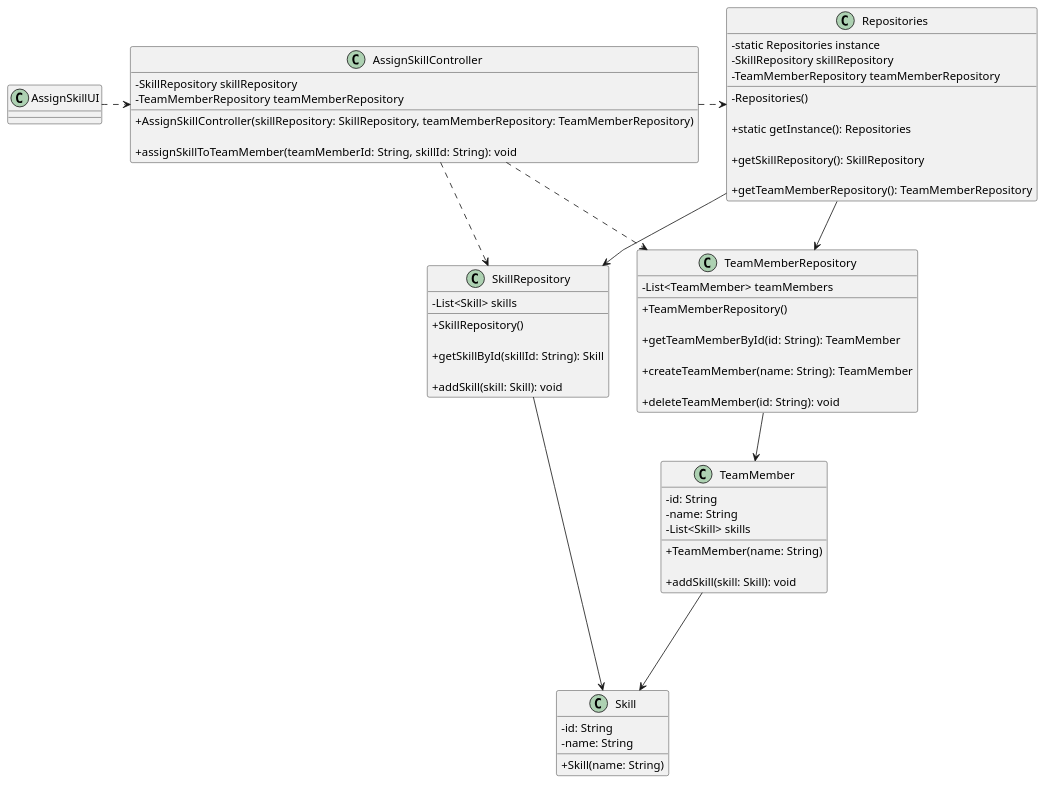
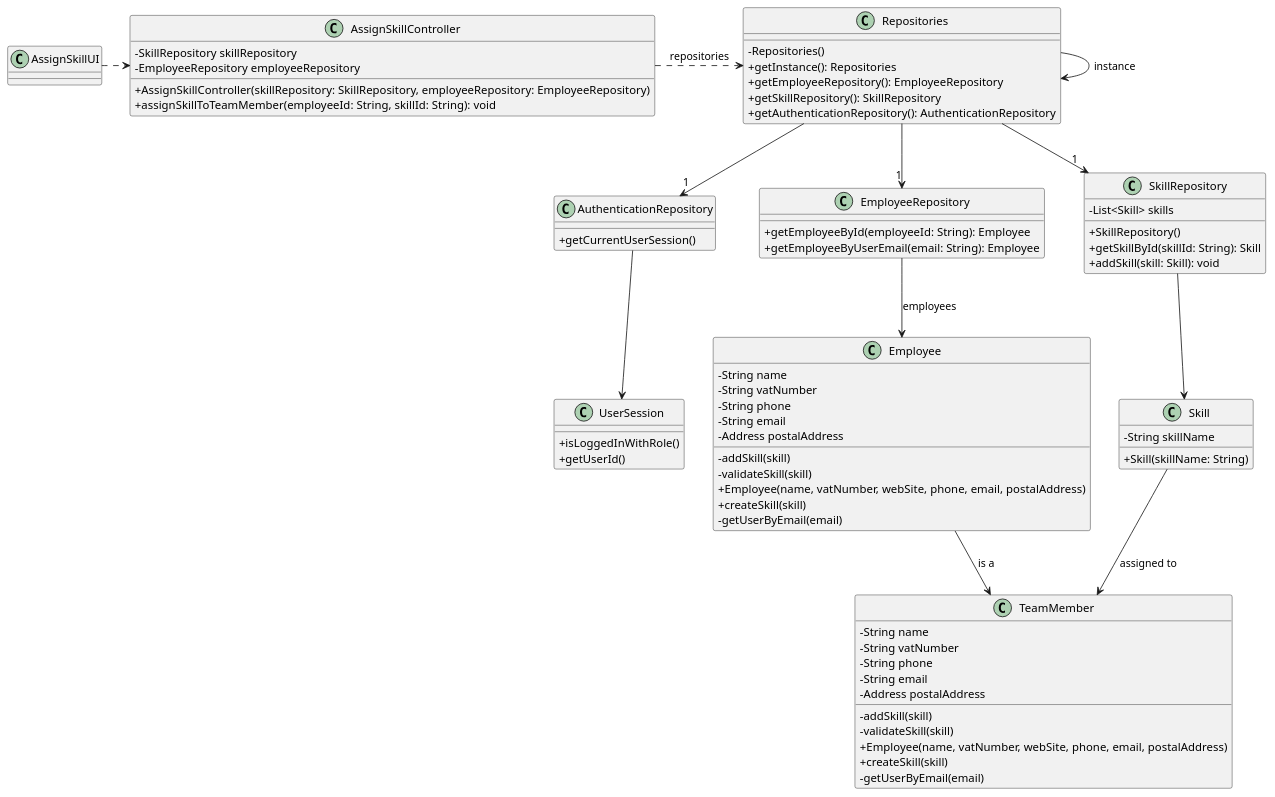
Before and after one commit to Mendoncaa/LAPR2: the diagram in docs/sprintC/us004/03.design/puml/us004-class-diagram.puml, drawn with PlantUML. The commit also changed 4 other files, not shown here.

Commit message:
Update class diagram US01 and US04

```diff
--- a/docs/sprintC/us004/03.design/puml/us004-class-diagram.puml
+++ b/docs/sprintC/us004/03.design/puml/us004-class-diagram.puml
@@ -1,105 +1,97 @@
 @startuml
 'skinparam monochrome true
 skinparam packageStyle rectangle
 skinparam shadowing false
 skinparam linetype polyline
 'skinparam linetype orto
 
 skinparam classAttributeIconSize 0
 
 'left to right direction
 
+
 class AssignSkillUI {
 }
 
 class AssignSkillController {
     - SkillRepository skillRepository
-    - TeamMemberRepository teamMemberRepository
-
-    'Constructor to initialize the controller with the SkillRepository and TeamMemberRepository'
-    + AssignSkillController(skillRepository: SkillRepository, teamMemberRepository: TeamMemberRepository)
-
-    'Method for assigning skills to a team member'
-    + assignSkillToTeamMember(teamMemberId: String, skillId: String): void
+    - EmployeeRepository employeeRepository
+    + AssignSkillController(skillRepository: SkillRepository, employeeRepository: EmployeeRepository)
+    + assignSkillToTeamMember(employeeId: String, skillId: String): void
 }
 
 class Repositories {
-    - static Repositories instance
-    - SkillRepository skillRepository
-    - TeamMemberRepository teamMemberRepository
+    - Repositories()
+    + getInstance(): Repositories
+    + getEmployeeRepository(): EmployeeRepository
+    + getSkillRepository(): SkillRepository
+    + getAuthenticationRepository(): AuthenticationRepository
+}
 
-    'Private constructor to implement the Singleton pattern'
-    - Repositories()
+class AuthenticationRepository {
+    + getCurrentUserSession()
+}
 
-    'Method to get Singleton instance from Repositories'
-    + static getInstance(): Repositories
+class UserSession {
+    + isLoggedInWithRole()
+    + getUserId()
+}
 
-    'Method to obtain the skills repository'
-    + getSkillRepository(): SkillRepository
+class Employee {
+    - String name
+    - String vatNumber
+    - String phone
+    - String email
+    - Address postalAddress
+    - addSkill(skill)
+    - validateSkill(skill)
+    + Employee(name, vatNumber, webSite, phone, email, postalAddress)
+    + createSkill(skill)
+    - getUserByEmail(email)
 
-    'Method to get team members repository'
-    + getTeamMemberRepository(): TeamMemberRepository
+}
+
+class TeamMember {
+    - String name
+    - String vatNumber
+    - String phone
+    - String email
+    - Address postalAddress
+    - addSkill(skill)
+    - validateSkill(skill)
+    + Employee(name, vatNumber, webSite, phone, email, postalAddress)
+    + createSkill(skill)
+    - getUserByEmail(email)
+}
+
+class EmployeeRepository {
+    + getEmployeeById(employeeId: String): Employee
+    + getEmployeeByUserEmail(email: String): Employee
 }
 
 class SkillRepository {
     - List<Skill> skills
-
-    'Constructor to initialize the skills repository'
     + SkillRepository()
-
-    'Returns a skill based on its ID'
     + getSkillById(skillId: String): Skill
-
-    'Add a new skill to the repository'
-    + addSkill(skill: Skill): void
-}
-
-class TeamMemberRepository {
-    - List<TeamMember> teamMembers
-
-    'Constructor to initialize the team member repository'
-    + TeamMemberRepository()
-
-    'Returns a team member based on their ID'
-    + getTeamMemberById(id: String): TeamMember
-
-    'Creates a new team member and adds it to the repository'
-    + createTeamMember(name: String): TeamMember
-
-    'Remove a team member from the repository'
-    + deleteTeamMember(id: String): void
-}
-
-class TeamMember {
-    - id: String
-    - name: String
-    - List<Skill> skills
-
-    'Constructor to create a new team member'
-    + TeamMember(name: String)
-
-    'Method for adding a skill to a team member'
     + addSkill(skill: Skill): void
 }
 
 class Skill {
-    - id: String
-    - name: String
-
-    'Constructor to create a new skill'
-    + Skill(name: String)
+    - String skillName
+    + Skill(skillName: String)
 }
 
+Repositories -> Repositories : instance
 AssignSkillUI .> AssignSkillController
-AssignSkillController .> Repositories
-AssignSkillController .> SkillRepository
-AssignSkillController .> TeamMemberRepository
-Repositories --> SkillRepository
-Repositories --> TeamMemberRepository
+AssignSkillController .> Repositories : repositories
+Repositories --> "1" AuthenticationRepository
+Repositories --> "1" EmployeeRepository
+Repositories --> "1" SkillRepository
+AuthenticationRepository --> UserSession
+EmployeeRepository --> Employee : employees
 SkillRepository --> Skill
-TeamMemberRepository --> TeamMember
-TeamMember ---> Skill
-
+Employee --> TeamMember : is a
+Skill --> TeamMember  : assigned to
 
 
 @enduml
```
